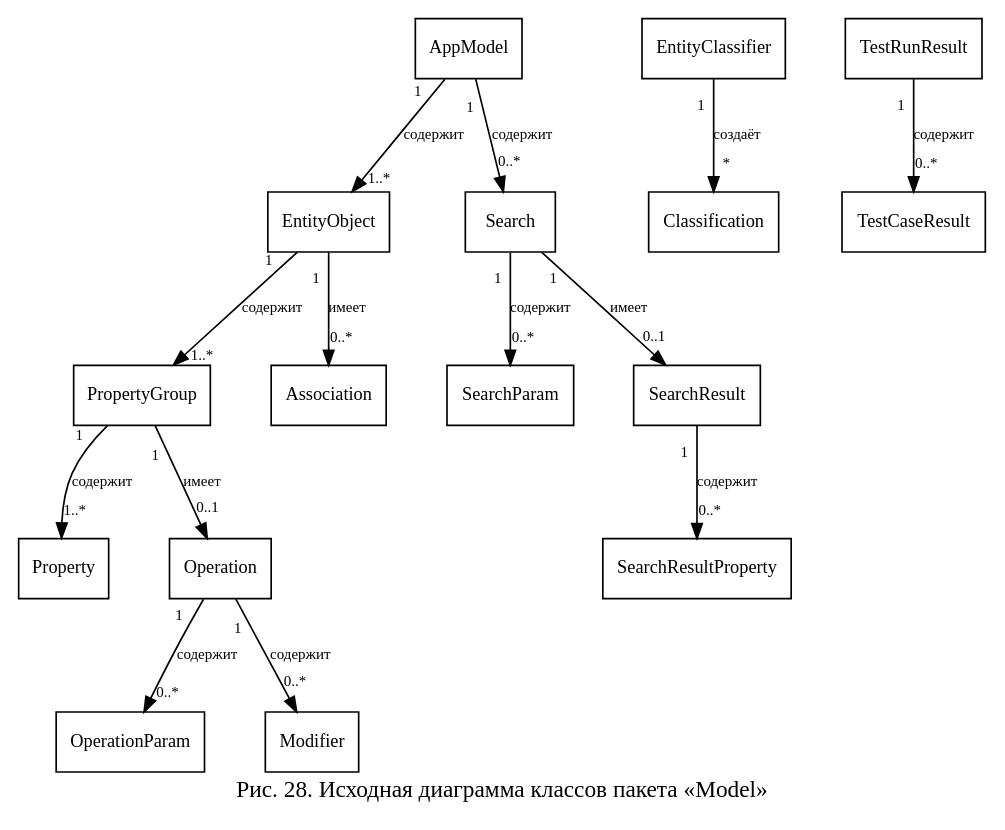
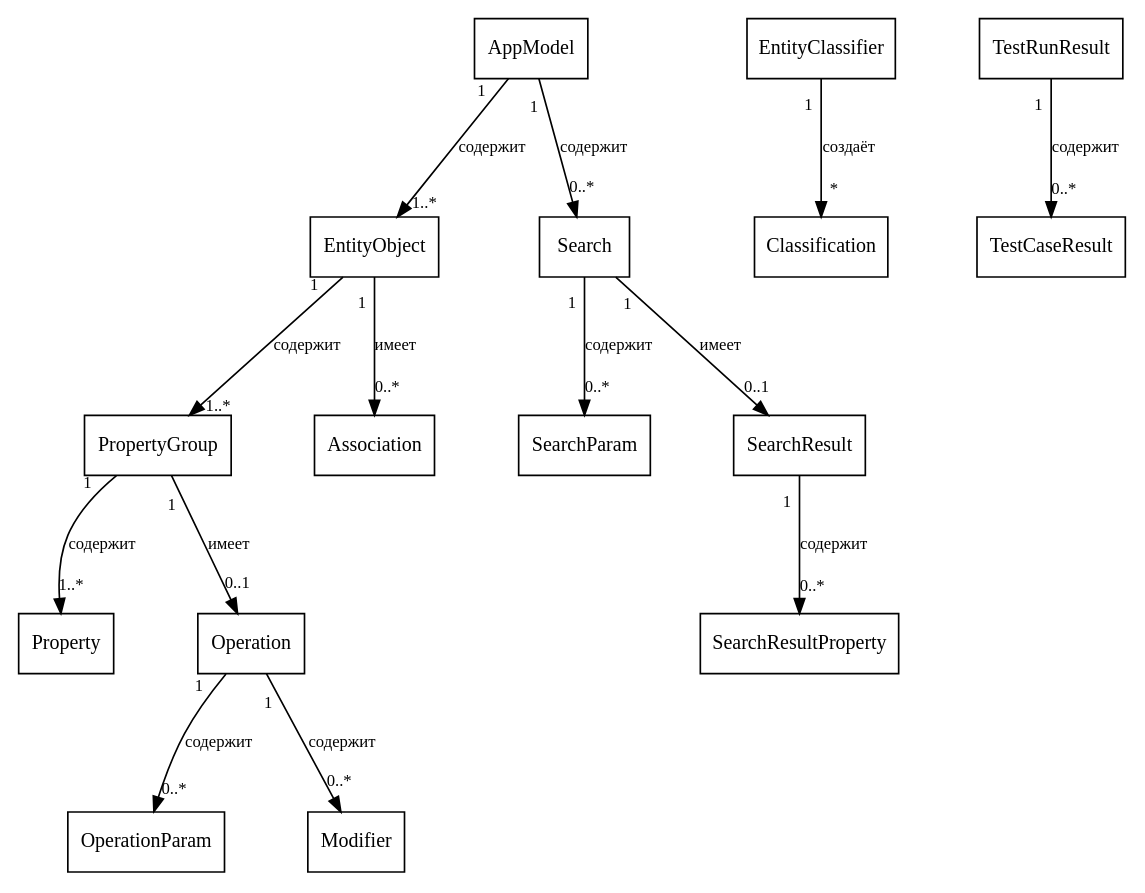
Before and after one commit to nastolbov/AutoTestGeneratorUpdate: the diagram in diagrams/cls_model_initial.dot, drawn with Graphviz. The commit also changed 54 other files, not shown here.

First line of the commit message:
diagrams: 18 ДПС + фикс детальных (shape=record) + MD по структуре диплома

```diff
--- a/diagrams/cls_model_initial.dot
+++ b/diagrams/cls_model_initial.dot
@@ -1,38 +1,37 @@
-digraph MII {
-    rankdir=TB; fontname="Liberation Serif"; fontsize=14;
-    label="Рис. 28. Исходная диаграмма классов пакета «Model»"; labelloc=b;
-    nodesep=0.5; ranksep=0.8;
-    node [fontname="Liberation Serif", fontsize=11, shape=box, style=filled, fillcolor=white];
-    edge [color=black, fontname="Liberation Serif", fontsize=9, labeldistance=1.8, arrowsize=0.9];
+digraph cls_model_initial {
+    rankdir=TB; fontname="Liberation Serif";
+    nodesep=0.7; ranksep=1.0;
+    node [fontname="Liberation Serif", fontsize=12, shape=box, style=filled, fillcolor=white];
+    edge [color=black, fontname="Liberation Serif", fontsize=10, labeldistance=1.8, arrowsize=0.9];
 
     AM  [label="AppModel"];
     EO  [label="EntityObject"];
     PG  [label="PropertyGroup"];
     P   [label="Property"];
     Op  [label="Operation"];
     OP  [label="OperationParam"];
     M   [label="Modifier"];
     A   [label="Association"];
     S   [label="Search"];
     SP  [label="SearchParam"];
     SR  [label="SearchResult"];
     SRP [label="SearchResultProperty"];
     EC  [label="EntityClassifier"];
     CL  [label="Classification"];
     TRR [label="TestRunResult"];
     TCR [label="TestCaseResult"];
-
     AM -> EO   [label="содержит", taillabel="1", headlabel="1..*"];
     AM -> S    [label="содержит", taillabel="1", headlabel="0..*"];
     EO -> PG   [label="содержит", taillabel="1", headlabel="1..*"];
-    EO -> A    [label="имеет",    taillabel="1", headlabel="0..*"];
+    EO -> A    [label="имеет", taillabel="1", headlabel="0..*"];
     PG -> P    [label="содержит", taillabel="1", headlabel="1..*"];
-    PG -> Op   [label="имеет",    taillabel="1", headlabel="0..1"];
+    PG -> Op   [label="имеет", taillabel="1", headlabel="0..1"];
     Op -> OP   [label="содержит", taillabel="1", headlabel="0..*"];
     Op -> M    [label="содержит", taillabel="1", headlabel="0..*"];
     S  -> SP   [label="содержит", taillabel="1", headlabel="0..*"];
-    S  -> SR   [label="имеет",    taillabel="1", headlabel="0..1"];
+    S  -> SR   [label="имеет", taillabel="1", headlabel="0..1"];
     SR -> SRP  [label="содержит", taillabel="1", headlabel="0..*"];
-    EC -> CL   [label="создаёт",  taillabel="1", headlabel="*"];
+    EC -> CL   [label="создаёт", taillabel="1", headlabel="*"];
     TRR -> TCR [label="содержит", taillabel="1", headlabel="0..*"];
+
 }
```
